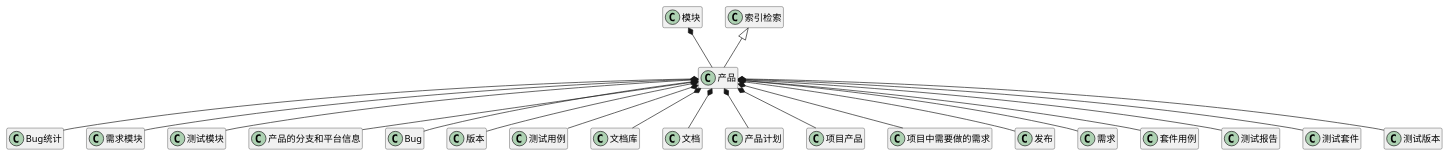
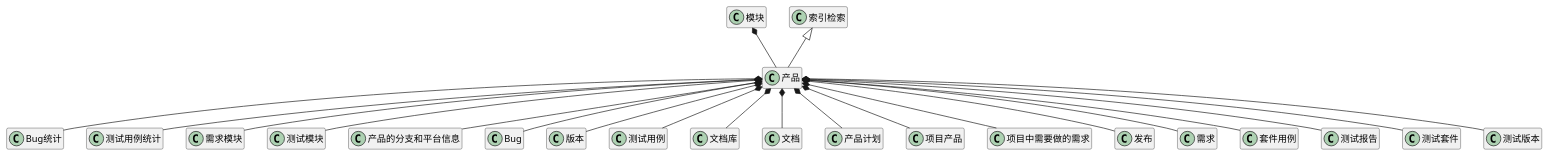
The first of 7 diagrams in ibizpms-docs/src/main/doc/v1/module/zentao/Product_old.md (zj335841911/nt_chandao), drawn with PlantUML before and after one commit. The commit also changed 23 other files, not shown here.

```diff
--- a/ibizpms-docs/src/main/doc/v1/module/zentao/Product_old.md
+++ b/ibizpms-docs/src/main/doc/v1/module/zentao/Product_old.md
@@ -6,23 +6,24 @@
 {% plantuml %}
 产品 *-- Bug统计 
+产品 *-- 测试用例统计 
 产品 *-- 需求模块 
 产品 *-- 测试模块 
 产品 *-- 产品的分支和平台信息 
 产品 *-- Bug 
 产品 *-- 版本 
 产品 *-- 测试用例 
 产品 *-- 文档库 
 产品 *-- 文档 
 产品 *-- 产品计划 
 产品 *-- 项目产品 
 产品 *-- 项目中需要做的需求 
 产品 *-- 发布 
 产品 *-- 需求 
 产品 *-- 套件用例 
 产品 *-- 测试报告 
 产品 *-- 测试套件 
 产品 *-- 测试版本 
 模块 *-- 产品 
 索引检索 <|-- 产品 
 hide members
 {% endplantuml %}
```
